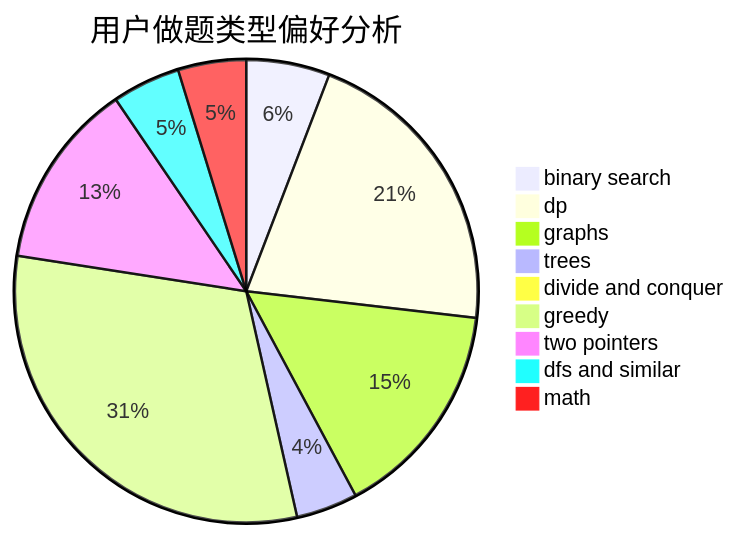
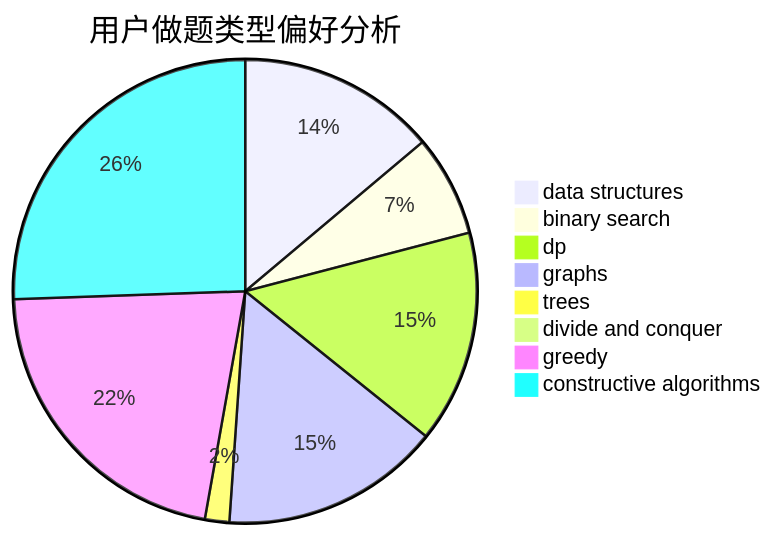
The second of 3 diagrams in docs/user/u445.md (sherpahu/cfrs.github.io), drawn with Mermaid before and after one commit. The commit also changed other lines of this file and 2775 other files, not shown here.

````diff
--- a/docs/user/u445.md
+++ b/docs/user/u445.md
@@ -23,12 +23,11 @@
 ```mermaid
 pie title 用户做题类型偏好分析
-    "binary search" :  38
-    "dp" :  137
-    "graphs" :  100
-    "trees" :  28
+    "data structures" :  57
+    "binary search" :  29
+    "dp" :  61
+    "graphs" :  63
+    "trees" :  7
     "divide and conquer" :  0
-    "greedy" :  202
-    "two pointers" :  85
-    "dfs and similar" :  31
-    "math" :  31
+    "greedy" :  89
+    "constructive algorithms" :  105
 ```
````
